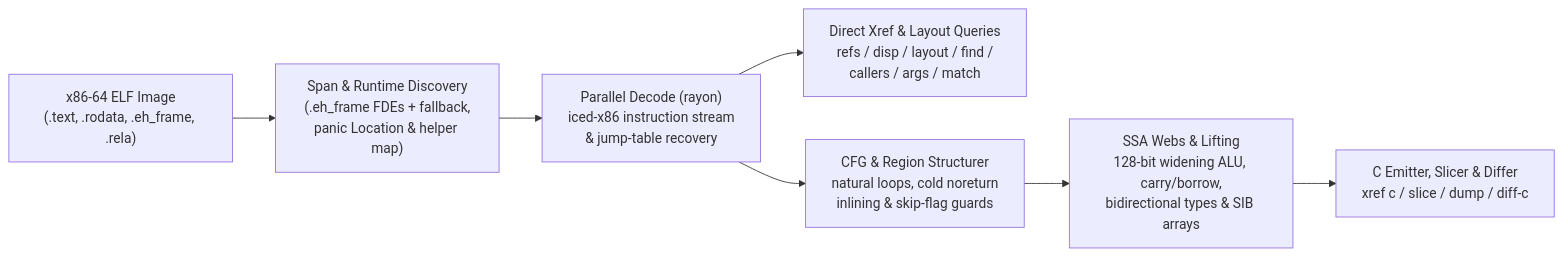
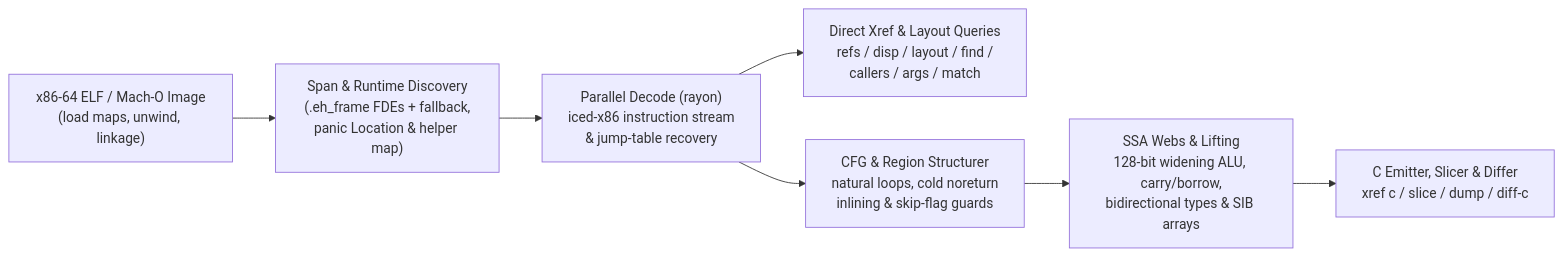
The diagram in README.md (alex09x/xref), drawn with Mermaid before and after one commit. The commit also changed other lines of this file and 14 other files, not shown here.

````diff
--- a/README.md
+++ b/README.md
@@ -313,9 +315,9 @@
 ```mermaid
 flowchart LR
-    ELF["x86-64 ELF Image\n(.text, .rodata, .eh_frame, .rela)"] --> Span["Span & Runtime Discovery\n(.eh_frame FDEs + fallback,\npanic Location & helper map)"]
+    ELF["x86-64 ELF / Mach-O Image\n(load maps, unwind, linkage)"] --> Span["Span & Runtime Discovery\n(.eh_frame FDEs + fallback,\npanic Location & helper map)"]
     Span --> Decode["Parallel Decode (rayon)\niced-x86 instruction stream\n& jump-table recovery"]
     Decode --> Xref["Direct Xref & Layout Queries\nrefs / disp / layout / find /\ncallers / args / match"]
     Decode --> CFG["CFG & Region Structurer\nnatural loops, cold noreturn\ninlining & skip-flag guards"]
     CFG --> SSA["SSA Webs & Lifting\n128-bit widening ALU, carry/borrow,\nbidirectional types & SIB arrays"]
     SSA --> Emit["C Emitter, Slicer & Differ\nxref c / slice / dump / diff-c"]
 ```
````
